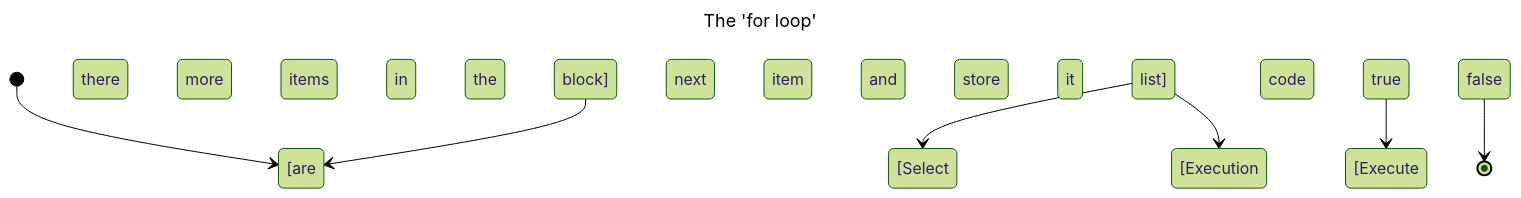
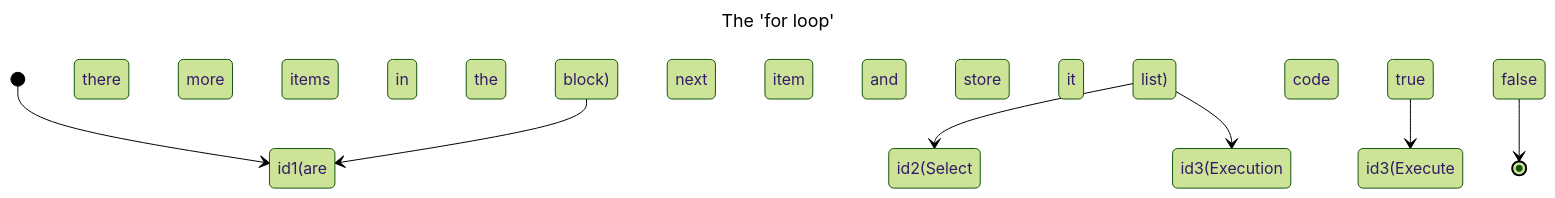
The seventh of 7 diagrams in readme.md (TuanDao-0110/Python_Course), drawn with Mermaid (forest theme) before and after one commit.

Commit message:
update redme

````diff
--- a/readme.md
+++ b/readme.md
@@ -243,12 +243,12 @@
 ```mermaid
 ---
 title: The 'for loop'
 ---
 stateDiagram-v2
-    [*] --> [are there more items in the list]
-    [are there more items in the list] --> [Select the next item and store it in the variable] :true
-    [Select the next item and store it in the variable] --> [Execute code block]
-    [Execute code block] --> [are there more items in the list]
-    [are there more items in the list] --> [Execution continues] : false
-    [Execution continues] --> [*]
+    [*] --> id1(are there more items in the list)
+    id1(are there more items in the list) --> id2(Select the next item and store it in the variable) :true
+    id2(Select the next item and store it in the variable) --> id3(Execute code block)
+    id3(Execute code block) --> id1(are there more items in the list)
+    id1(are there more items in the list) --> id3(Execution continues) : false
+    id3(Execution continues) --> [*]
 ```
````
